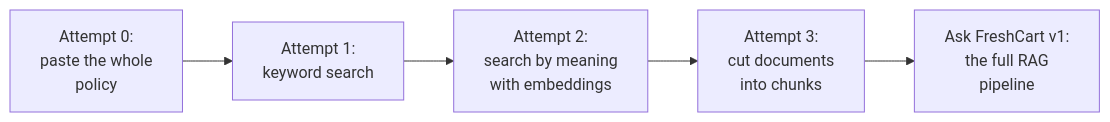
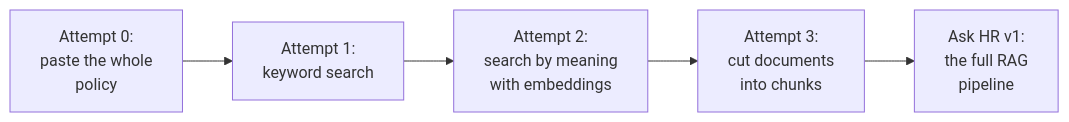
The first of 8 diagrams in src/Data/aiStackDocs/CH-02.md (shubamchaudhary/CodeNITW), drawn with Mermaid before and after one commit. The commit also changed other lines of this file and 32 other files, not shown here.

````diff
--- a/src/Data/aiStackDocs/CH-02.md
+++ b/src/Data/aiStackDocs/CH-02.md
@@ -12,7 +12,7 @@
 ```mermaid
 flowchart LR
     V0["Attempt 0:<br/>paste the whole<br/>policy"] --> V1["Attempt 1:<br/>keyword search"]
     V1 --> V2["Attempt 2:<br/>search by meaning<br/>with embeddings"]
     V2 --> V3["Attempt 3:<br/>cut documents<br/>into chunks"]
-    V3 --> V4["Ask FreshCart v1:<br/>the full RAG<br/>pipeline"]
+    V3 --> V4["Ask HR v1:<br/>the full RAG<br/>pipeline"]
 ```
````
